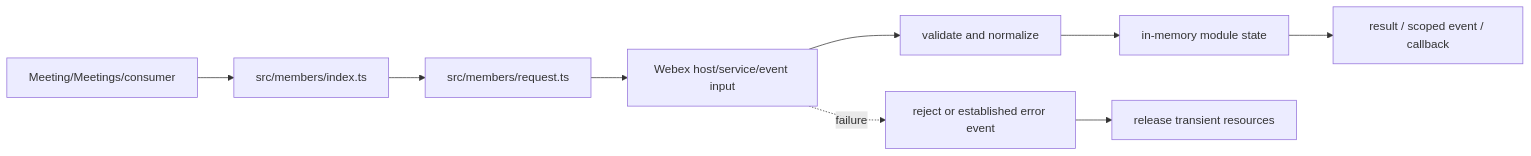
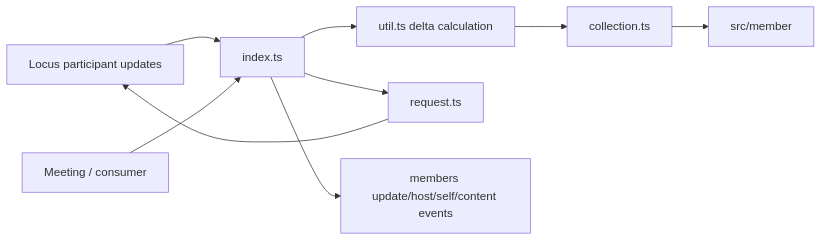
Before and after one commit to webex/webex-js-sdk: the first of 4 diagrams in packages/@webex/plugin-meetings/src/members/ai-docs/members-spec.md, drawn with Mermaid. The commit also changed other lines of this file and 26 other files, not shown here.

````diff
--- a/packages/@webex/plugin-meetings/src/members/ai-docs/members-spec.md
+++ b/packages/@webex/plugin-meetings/src/members/ai-docs/members-spec.md
@@ -100,11 +105,11 @@
 ```mermaid
 flowchart LR
-  Caller[Meeting/Meetings/consumer] --> Entry[src/members/index.ts]
-  Entry --> Support[src/members/request.ts]
-  Support --> Remote[Webex host/service/event input]
-  Remote --> Normalize[validate and normalize]
-  Normalize --> State[in-memory module state]
-  State --> Output[result / scoped event / callback]
-  Remote -. failure .-> Error[reject or established error event]
-  Error --> Cleanup[release transient resources]
+  Locus[Locus participant updates] --> Controller[index.ts]
+  Controller --> Util[util.ts delta calculation]
+  Util --> Collection[collection.ts]
+  Collection --> Member[src/member]
+  Caller[Meeting / consumer] --> Controller
+  Controller --> Request[request.ts]
+  Request --> Locus
+  Controller --> Events[members update/host/self/content events]
 ```
````
